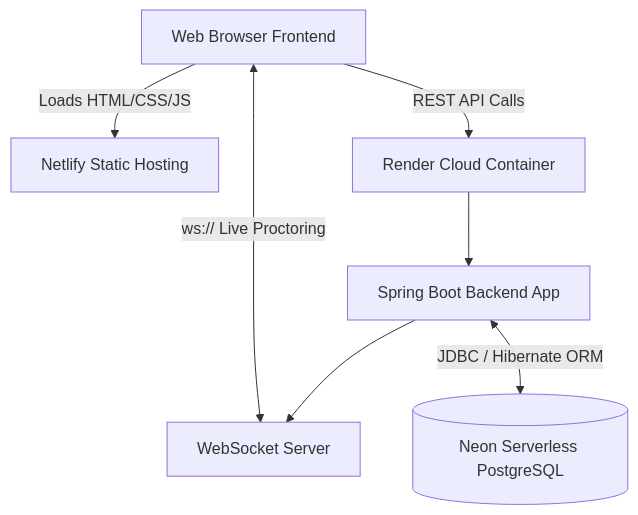
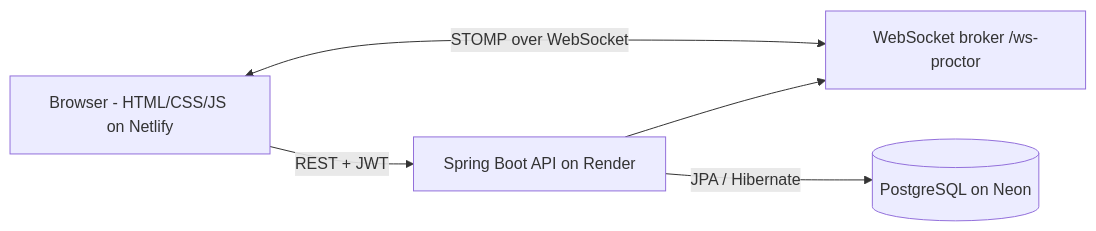
Before and after one commit to TusharS230/exam-proctor-system: the diagram in README.md, drawn with Mermaid. The commit also changed other lines of this file and 24 other files, not shown here.

````diff
--- a/README.md
+++ b/README.md
@@ -29,17 +31,12 @@
 ```mermaid
-graph TD
-    Client[Web Browser Frontend]
-    Netlify[Netlify Static Hosting]
-    Render[Render Cloud Container]
-    Spring[Spring Boot Backend App]
-    DB[(Neon Serverless PostgreSQL)]
-    WS[WebSocket Server]
+graph LR
+    Browser[Browser - HTML/CSS/JS on Netlify]
+    API[Spring Boot API on Render]
+    WS[WebSocket broker /ws-proctor]
+    DB[(PostgreSQL on Neon)]
 
-    Client -->|Loads HTML/CSS/JS| Netlify
-    Client -->|REST API Calls| Render
-    Client <-->|ws:// Live Proctoring| WS
-    
-    Render --> Spring
-    Spring --> WS
-    Spring <-->|JDBC / Hibernate ORM| DB
+    Browser -->|REST + JWT| API
+    Browser <-->|STOMP over WebSocket| WS
+    API --> WS
+    API -->|JPA / Hibernate| DB
 ```
````
